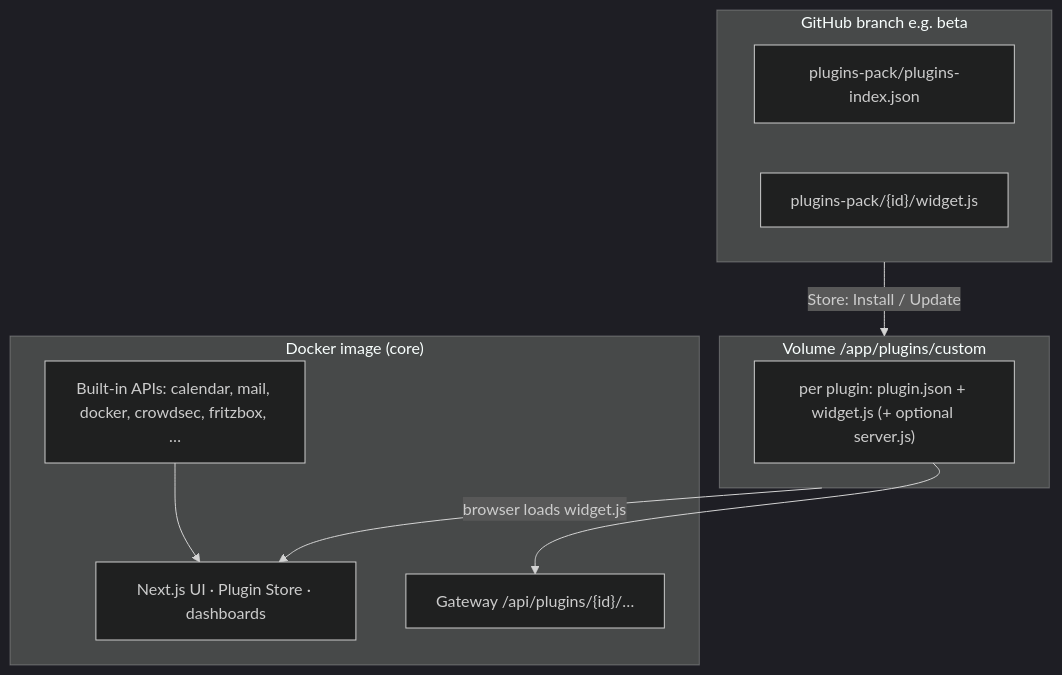
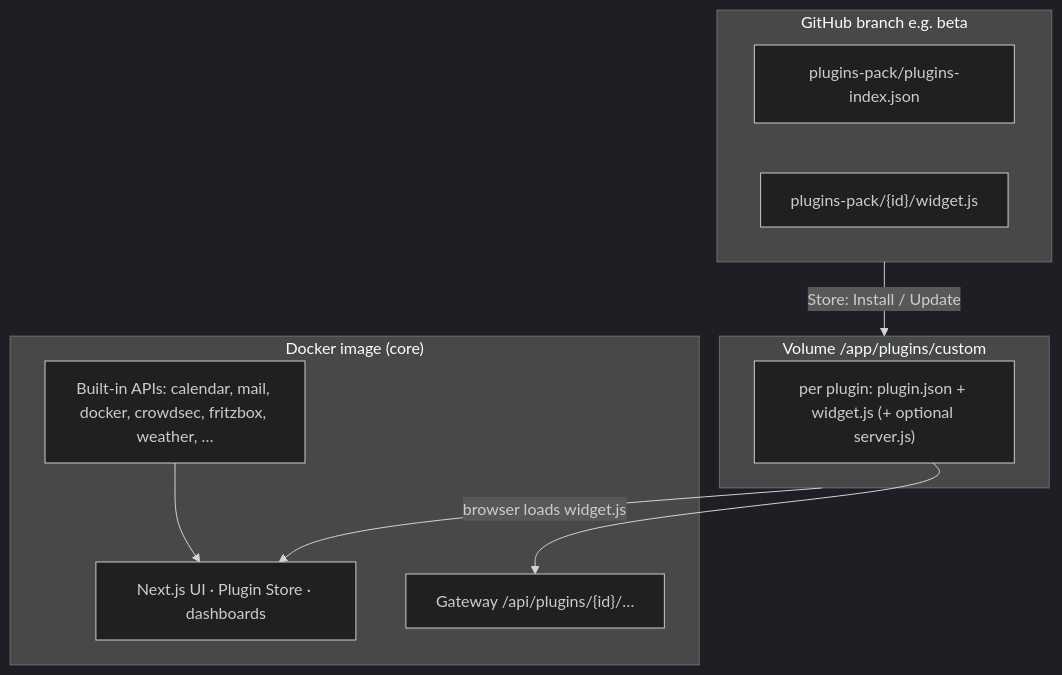
The first of 2 diagrams in README.md (s3lfcod3r/selfdashboard), drawn with Mermaid (dark theme) before and after one commit. The commit also changed other lines of this file and 4 other files, not shown here.

````diff
--- a/README.md
+++ b/README.md
@@ -61,19 +61,19 @@
 ```mermaid
 flowchart TB
   subgraph image["Docker image (core)"]
     UI["Next.js UI · Plugin Store · dashboards"]
-    CORE["Built-in APIs: calendar, mail, docker, crowdsec, fritzbox, …"]
+    CORE["Built-in APIs: calendar, mail, docker, crowdsec, fritzbox, weather, …"]
     GW["Gateway /api/plugins/{id}/…"]
   end
   subgraph vol["Volume /app/plugins/custom"]
     W["per plugin: plugin.json + widget.js (+ optional server.js)"]
   end
   subgraph gh["GitHub branch e.g. beta"]
     IDX["plugins-pack/plugins-index.json"]
     PACK["plugins-pack/{id}/widget.js"]
   end
   gh -->|"Store: Install / Update"| vol
   vol -->|"browser loads widget.js"| UI
   W --> GW
   CORE --> UI
 ```
````
